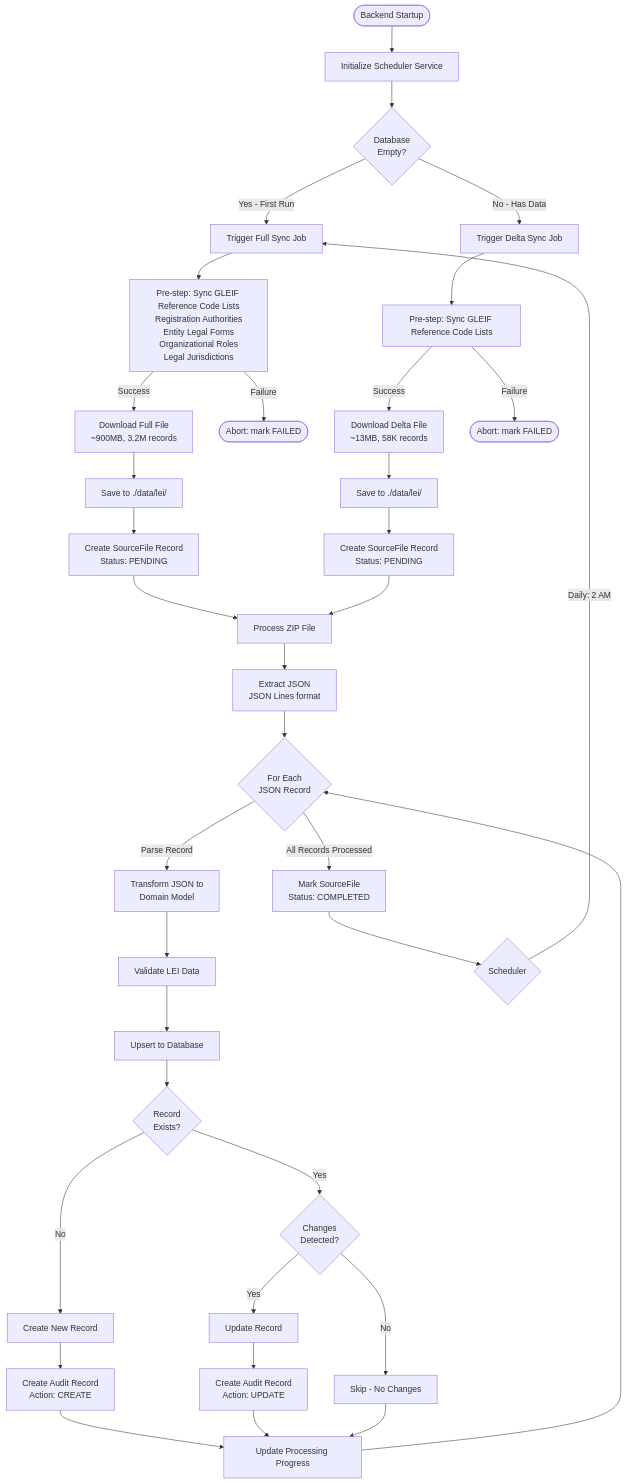
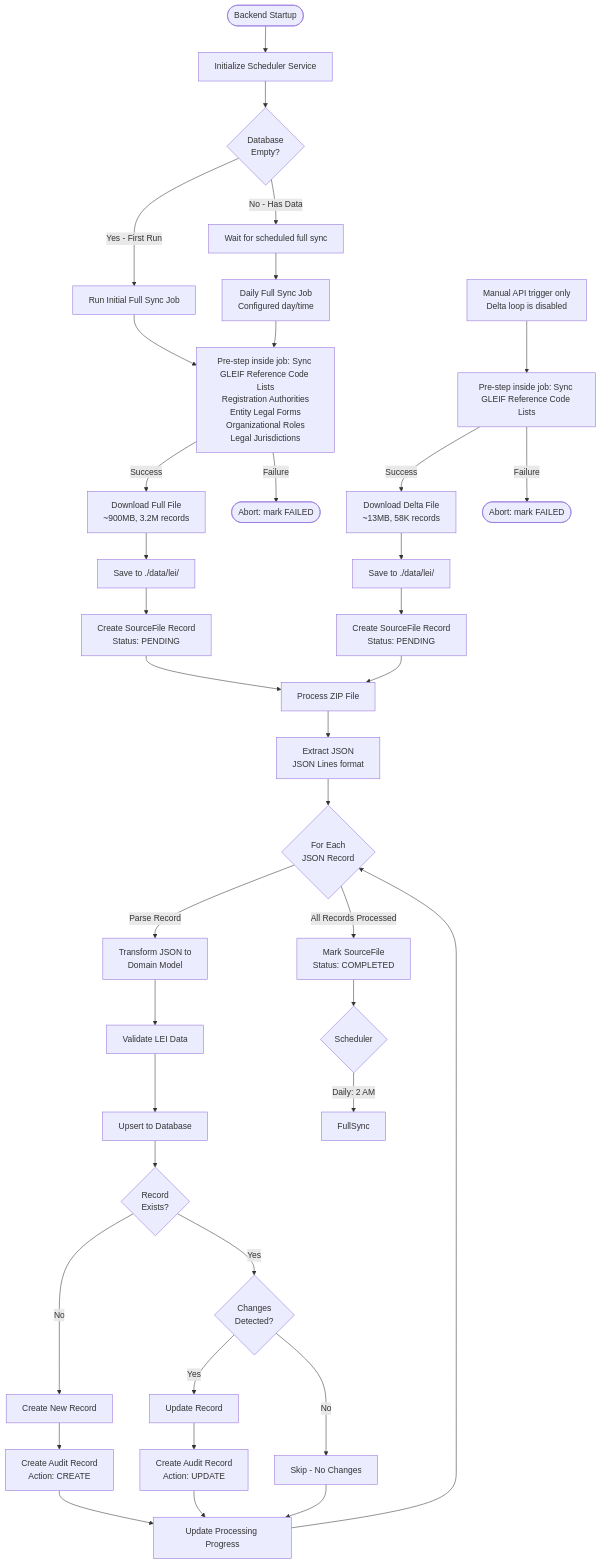
The first of 5 diagrams in docs/lei/LEI_DATA_FLOW.md (techie2000/axiom), drawn with Mermaid before and after one commit. The commit also changed 6 other files, not shown here.

````diff
--- a/docs/lei/LEI_DATA_FLOW.md
+++ b/docs/lei/LEI_DATA_FLOW.md
@@ -8,55 +8,58 @@
 ```mermaid
 flowchart TD
     Start([Backend Startup]) --> Init[Initialize Scheduler Service]
     Init --> CheckDB{Database<br/>Empty?}
 
-    CheckDB -->|Yes - First Run| FullSync[Trigger Full Sync Job]
-    CheckDB -->|No - Has Data| DeltaSync[Trigger Delta Sync Job]
+    CheckDB -->|Yes - First Run| InitialFull[Run Initial Full Sync Job]
+    CheckDB -->|No - Has Data| WaitSchedule[Wait for scheduled full sync]
 
-    FullSync --> GLEIFRefSyncFull[Pre-step: Sync GLEIF Reference Code Lists<br/>Registration Authorities<br/>Entity Legal Forms<br/>Organizational Roles<br/>Legal Jurisdictions]
-    DeltaSync --> GLEIFRefSyncDelta[Pre-step: Sync GLEIF Reference Code Lists]
+    WaitSchedule --> DailyFull[Daily Full Sync Job<br/>Configured day/time]
+    InitialFull --> GLEIFRefSyncFull[Pre-step inside job: Sync GLEIF Reference Code Lists<br/>Registration Authorities<br/>Entity Legal Forms<br/>Organizational Roles<br/>Legal Jurisdictions]
+    DailyFull --> GLEIFRefSyncFull
+
+    ManualDelta[Manual API trigger only<br/>Delta loop is disabled] --> GLEIFRefSyncDelta[Pre-step inside job: Sync GLEIF Reference Code Lists]
 
     GLEIFRefSyncFull -->|Success| DownloadFull[Download Full File<br/>~900MB, 3.2M records]
     GLEIFRefSyncFull -->|Failure| AbortFull([Abort: mark FAILED])
 
     GLEIFRefSyncDelta -->|Success| DownloadDelta[Download Delta File<br/>~13MB, 58K records]
     GLEIFRefSyncDelta -->|Failure| AbortDelta([Abort: mark FAILED])
 
     DownloadFull --> SaveFile1[Save to ./data/lei/]
     DownloadDelta --> SaveFile2[Save to ./data/lei/]
 
     SaveFile1 --> CreateSourceFile1[Create SourceFile Record<br/>Status: PENDING]
     SaveFile2 --> CreateSourceFile2[Create SourceFile Record<br/>Status: PENDING]
 
     CreateSourceFile1 --> ProcessFile[Process ZIP File]
     CreateSourceFile2 --> ProcessFile
 
     ProcessFile --> Extract[Extract JSON<br/>JSON Lines format]
     Extract --> ParseLoop{For Each<br/>JSON Record}
 
     ParseLoop -->|Parse Record| Transform[Transform JSON to<br/>Domain Model]
     Transform --> Validate[Validate LEI Data]
     Validate --> Upsert[Upsert to Database]
 
     Upsert --> CheckExists{Record<br/>Exists?}
 
     CheckExists -->|No| CreateNew[Create New Record]
     CheckExists -->|Yes| DetectChanges{Changes<br/>Detected?}
 
     CreateNew --> CreateAudit1[Create Audit Record<br/>Action: CREATE]
     DetectChanges -->|Yes| UpdateRecord[Update Record]
     DetectChanges -->|No| Skip[Skip - No Changes]
 
     UpdateRecord --> CreateAudit2[Create Audit Record<br/>Action: UPDATE]
 
     CreateAudit1 --> UpdateProgress[Update Processing Progress]
     CreateAudit2 --> UpdateProgress
     Skip --> UpdateProgress
 
     UpdateProgress --> ParseLoop
 
     ParseLoop -->|All Records Processed| Complete[Mark SourceFile<br/>Status: COMPLETED]
     Complete --> Schedule{Scheduler}
 
     Schedule -->|Daily: 2 AM| FullSync
 ```
````
